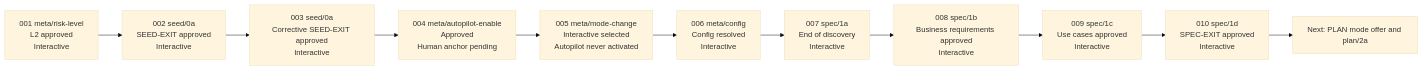
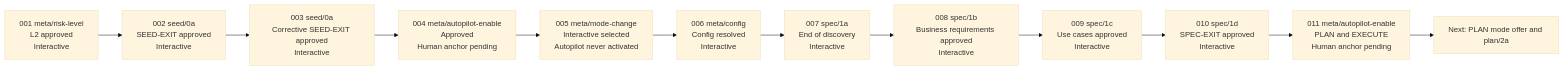
One commit to dvazqueb11/demo-agentic-workflow-sample changed the diagram in twtty/replay-execution/execution-diagram.md. Above: the diagram before and after it, drawn with Mermaid (base theme). The commit also changed 2 other files, not shown here.

Commit message:
Authorize Autopilot for PLAN and EXECUTE

````diff
--- a/twtty/replay-execution/execution-diagram.md
+++ b/twtty/replay-execution/execution-diagram.md
@@ -5,16 +5,17 @@
 ```mermaid
 flowchart LR
     R["001 meta/risk-level<br/>L2 approved<br/>Interactive"]
     S["002 seed/0a<br/>SEED-EXIT approved<br/>Interactive"]
     C["003 seed/0a<br/>Corrective SEED-EXIT approved<br/>Interactive"]
     A["004 meta/autopilot-enable<br/>Approved<br/>Human anchor pending"]
     I["005 meta/mode-change<br/>Interactive selected<br/>Autopilot never activated"]
     G["006 meta/config<br/>Config resolved<br/>Interactive"]
     D["007 spec/1a<br/>End of discovery<br/>Interactive"]
     B["008 spec/1b<br/>Business requirements approved<br/>Interactive"]
     U["009 spec/1c<br/>Use cases approved<br/>Interactive"]
     X["010 spec/1d<br/>SPEC-EXIT approved<br/>Interactive"]
+    P["011 meta/autopilot-enable<br/>PLAN and EXECUTE<br/>Human anchor pending"]
     N["Next: PLAN mode offer and plan/2a"]
 
-    R --> S --> C --> A --> I --> G --> D --> B --> U --> X --> N
+    R --> S --> C --> A --> I --> G --> D --> B --> U --> X --> P --> N
 ```
````
